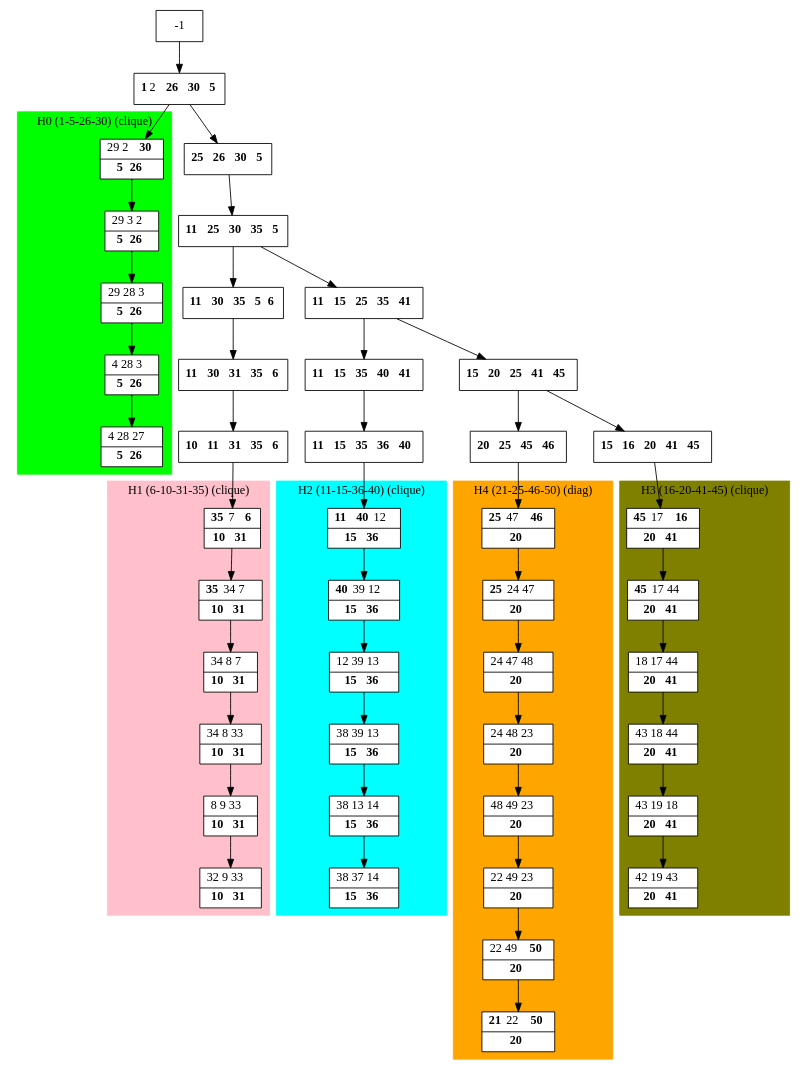
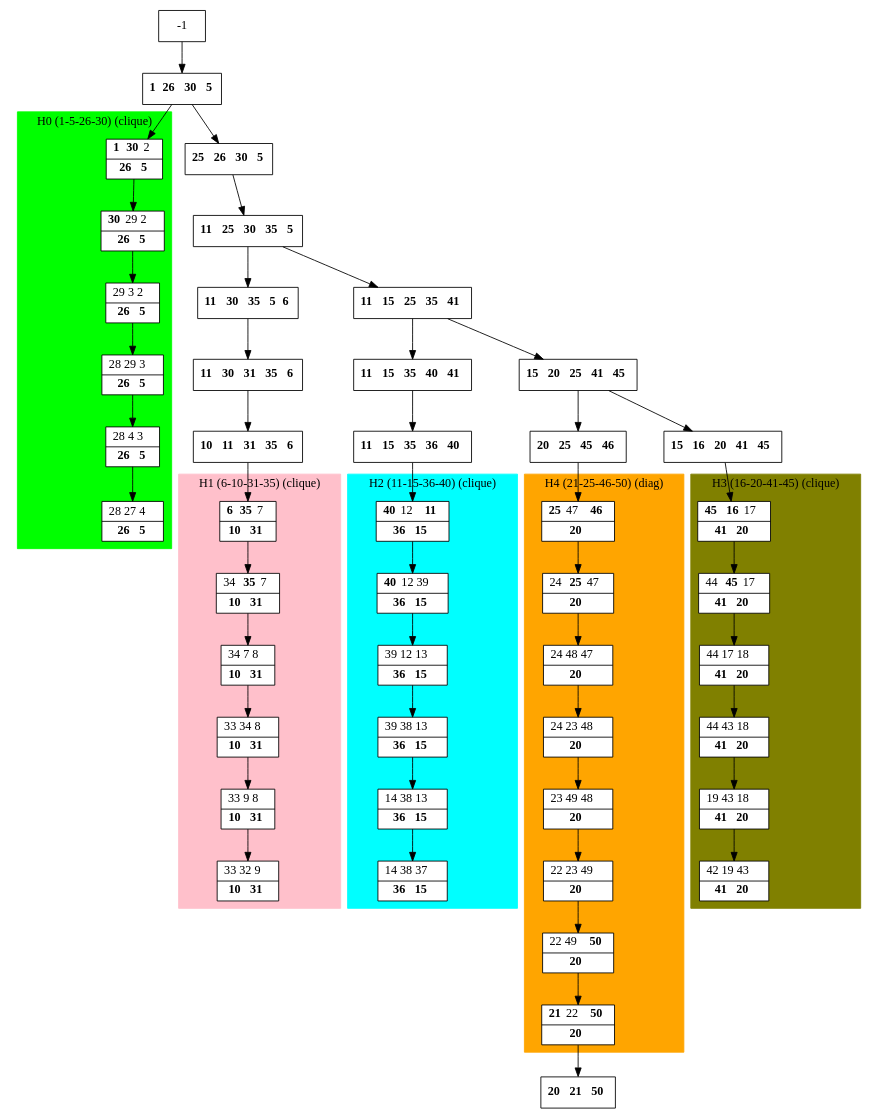
The diagram in results/dot_files/processed_K5.dot (bmarchand/auto-dp), drawn with Graphviz before and after one commit. The commit also changed 31 other files, not shown here.

```diff
--- a/results/dot_files/processed_K5.dot
+++ b/results/dot_files/processed_K5.dot
@@ -1,103 +1,106 @@
 digraph G {
     node [shape=box];
     subgraph cluster0 {
         node [style=filled,fillcolor=white];
         labeljust="l";
         style=filled;
         color=lime;
-        H0_1 -> H0_2 -> H0_3 -> H0_4 -> H0_5;
+        H0_0 -> H0_1 -> H0_2 -> H0_3 -> H0_4 -> H0_5;
         label="H0 (1-5-26-30) (clique)";
     }
     subgraph cluster1 {
         node [style=filled,fillcolor=white];
         labeljust="l";
         style=filled;
         color=pink;
         H1_0 -> H1_1 -> H1_2 -> H1_3 -> H1_4 -> H1_5;
         label="H1 (6-10-31-35) (clique)";
     }
     subgraph cluster2 {
         node [style=filled,fillcolor=white];
         labeljust="l";
         style=filled;
         color=cyan;
         H2_0 -> H2_1 -> H2_2 -> H2_3 -> H2_4 -> H2_5;
         label="H2 (11-15-36-40) (clique)";
     }
     subgraph cluster3 {
         node [style=filled,fillcolor=white];
         labeljust="l";
         style=filled;
         color=olive;
         H3_0 -> H3_1 -> H3_2 -> H3_3 -> H3_4 -> H3_5;
         label="H3 (16-20-41-45) (clique)";
     }
     subgraph cluster4 {
         node [style=filled,fillcolor=white];
         labeljust="l";
         style=filled;
         color=orange;
         H4_7 -> H4_6 -> H4_5 -> H4_4 -> H4_3 -> H4_2 -> H4_1 -> H4_0;
         label="H4 (21-25-46-50) (diag)";
     }
-     1 [shape=record,label= <{ <b>1</b> 2 <b>26</b> <b>30</b> <b>5</b>}> ];
+     1 [shape=record,label= <{ <b>1</b> <b>26</b> <b>30</b> <b>5</b>}> ];
      -1  ->  1;
-     H0_1 [shape=record,label= <{ 29 2 <b>30</b>|  <b>5</b> <b>26</b>}> ];
-     1  ->  H0_1;
-     H0_2 [shape=record,label= <{ 29 3 2|  <b>5</b> <b>26</b>}> ];
-     H0_3 [shape=record,label= <{ 29 28 3|  <b>5</b> <b>26</b>}> ];
-     H0_4 [shape=record,label= <{ 4 28 3|  <b>5</b> <b>26</b>}> ];
-     H0_5 [shape=record,label= <{ 4 28 27|  <b>5</b> <b>26</b>}> ];
+     H0_0 [shape=record,label= <{ <b>1</b> <b>30</b> 2|  <b>26</b> <b>5</b>}> ];
+     1  ->  H0_0;
+     H0_1 [shape=record,label= <{ <b>30</b> 29 2|  <b>26</b> <b>5</b>}> ];
+     H0_2 [shape=record,label= <{ 29 3 2|  <b>26</b> <b>5</b>}> ];
+     H0_3 [shape=record,label= <{ 28 29 3|  <b>26</b> <b>5</b>}> ];
+     H0_4 [shape=record,label= <{ 28 4 3|  <b>26</b> <b>5</b>}> ];
+     H0_5 [shape=record,label= <{ 28 27 4|  <b>26</b> <b>5</b>}> ];
      37 [shape=record,label= <{ <b>25</b> <b>26</b> <b>30</b> <b>5</b>}> ];
      1  ->  37;
      18 [shape=record,label= <{ <b>11</b> <b>25</b> <b>30</b> <b>35</b> <b>5</b>}> ];
      37  ->  18;
      9 [shape=record,label= <{ <b>11</b> <b>30</b> <b>35</b> <b>5</b> <b>6</b>}> ];
      18  ->  9;
      10 [shape=record,label= <{ <b>11</b> <b>30</b> <b>31</b> <b>35</b> <b>6</b>}> ];
      9  ->  10;
      11 [shape=record,label= <{ <b>10</b> <b>11</b> <b>31</b> <b>35</b> <b>6</b>}> ];
      10  ->  11;
-     H1_0 [shape=record,label= <{ <b>35</b> 7 <b>6</b>|  <b>10</b> <b>31</b>}> ];
+     H1_0 [shape=record,label= <{ <b>6</b> <b>35</b> 7|  <b>10</b> <b>31</b>}> ];
      11  ->  H1_0;
-     H1_1 [shape=record,label= <{ <b>35</b> 34 7|  <b>10</b> <b>31</b>}> ];
-     H1_2 [shape=record,label= <{ 34 8 7|  <b>10</b> <b>31</b>}> ];
-     H1_3 [shape=record,label= <{ 34 8 33|  <b>10</b> <b>31</b>}> ];
-     H1_4 [shape=record,label= <{ 8 9 33|  <b>10</b> <b>31</b>}> ];
-     H1_5 [shape=record,label= <{ 32 9 33|  <b>10</b> <b>31</b>}> ];
+     H1_1 [shape=record,label= <{ 34 <b>35</b> 7|  <b>10</b> <b>31</b>}> ];
+     H1_2 [shape=record,label= <{ 34 7 8|  <b>10</b> <b>31</b>}> ];
+     H1_3 [shape=record,label= <{ 33 34 8|  <b>10</b> <b>31</b>}> ];
+     H1_4 [shape=record,label= <{ 33 9 8|  <b>10</b> <b>31</b>}> ];
+     H1_5 [shape=record,label= <{ 33 32 9|  <b>10</b> <b>31</b>}> ];
      19 [shape=record,label= <{ <b>11</b> <b>15</b> <b>25</b> <b>35</b> <b>41</b>}> ];
      18  ->  19;
      20 [shape=record,label= <{ <b>11</b> <b>15</b> <b>35</b> <b>40</b> <b>41</b>}> ];
      19  ->  20;
      21 [shape=record,label= <{ <b>11</b> <b>15</b> <b>35</b> <b>36</b> <b>40</b>}> ];
      20  ->  21;
-     H2_0 [shape=record,label= <{ <b>11</b> <b>40</b> 12|  <b>15</b> <b>36</b>}> ];
+     H2_0 [shape=record,label= <{ <b>40</b> 12 <b>11</b>|  <b>36</b> <b>15</b>}> ];
      21  ->  H2_0;
-     H2_1 [shape=record,label= <{ <b>40</b> 39 12|  <b>15</b> <b>36</b>}> ];
-     H2_2 [shape=record,label= <{ 12 39 13|  <b>15</b> <b>36</b>}> ];
-     H2_3 [shape=record,label= <{ 38 39 13|  <b>15</b> <b>36</b>}> ];
-     H2_4 [shape=record,label= <{ 38 13 14|  <b>15</b> <b>36</b>}> ];
-     H2_5 [shape=record,label= <{ 38 37 14|  <b>15</b> <b>36</b>}> ];
+     H2_1 [shape=record,label= <{ <b>40</b> 12 39|  <b>36</b> <b>15</b>}> ];
+     H2_2 [shape=record,label= <{ 39 12 13|  <b>36</b> <b>15</b>}> ];
+     H2_3 [shape=record,label= <{ 39 38 13|  <b>36</b> <b>15</b>}> ];
+     H2_4 [shape=record,label= <{ 14 38 13|  <b>36</b> <b>15</b>}> ];
+     H2_5 [shape=record,label= <{ 14 38 37|  <b>36</b> <b>15</b>}> ];
      28 [shape=record,label= <{ <b>15</b> <b>20</b> <b>25</b> <b>41</b> <b>45</b>}> ];
      19  ->  28;
      36 [shape=record,label= <{ <b>20</b> <b>25</b> <b>45</b> <b>46</b>}> ];
      28  ->  36;
      H4_7 [shape=record,label= <{ <b>25</b> 47 <b>46</b>|  <b>20</b>}> ];
      36  ->  H4_7;
-     H4_6 [shape=record,label= <{ <b>25</b> 24 47|  <b>20</b>}> ];
-     H4_5 [shape=record,label= <{ 24 47 48|  <b>20</b>}> ];
-     H4_4 [shape=record,label= <{ 24 48 23|  <b>20</b>}> ];
-     H4_3 [shape=record,label= <{ 48 49 23|  <b>20</b>}> ];
-     H4_2 [shape=record,label= <{ 22 49 23|  <b>20</b>}> ];
+     H4_6 [shape=record,label= <{ 24 <b>25</b> 47|  <b>20</b>}> ];
+     H4_5 [shape=record,label= <{ 24 48 47|  <b>20</b>}> ];
+     H4_4 [shape=record,label= <{ 24 23 48|  <b>20</b>}> ];
+     H4_3 [shape=record,label= <{ 23 49 48|  <b>20</b>}> ];
+     H4_2 [shape=record,label= <{ 22 23 49|  <b>20</b>}> ];
      H4_1 [shape=record,label= <{ 22 49 <b>50</b>|  <b>20</b>}> ];
      H4_0 [shape=record,label= <{ <b>21</b> 22 <b>50</b>|  <b>20</b>}> ];
+     42 [shape=record,label= <{ <b>20</b> <b>21</b> <b>50</b>}> ];
+     H4_0  ->  42;
      30 [shape=record,label= <{ <b>15</b> <b>16</b> <b>20</b> <b>41</b> <b>45</b>}> ];
      28  ->  30;
-     H3_0 [shape=record,label= <{ <b>45</b> 17 <b>16</b>|  <b>20</b> <b>41</b>}> ];
+     H3_0 [shape=record,label= <{ <b>45</b> <b>16</b> 17|  <b>41</b> <b>20</b>}> ];
      30  ->  H3_0;
-     H3_1 [shape=record,label= <{ <b>45</b> 17 44|  <b>20</b> <b>41</b>}> ];
-     H3_2 [shape=record,label= <{ 18 17 44|  <b>20</b> <b>41</b>}> ];
-     H3_3 [shape=record,label= <{ 43 18 44|  <b>20</b> <b>41</b>}> ];
-     H3_4 [shape=record,label= <{ 43 19 18|  <b>20</b> <b>41</b>}> ];
-     H3_5 [shape=record,label= <{ 42 19 43|  <b>20</b> <b>41</b>}> ];
+     H3_1 [shape=record,label= <{ 44 <b>45</b> 17|  <b>41</b> <b>20</b>}> ];
+     H3_2 [shape=record,label= <{ 44 17 18|  <b>41</b> <b>20</b>}> ];
+     H3_3 [shape=record,label= <{ 44 43 18|  <b>41</b> <b>20</b>}> ];
+     H3_4 [shape=record,label= <{ 19 43 18|  <b>41</b> <b>20</b>}> ];
+     H3_5 [shape=record,label= <{ 42 19 43|  <b>41</b> <b>20</b>}> ];
 }
```
